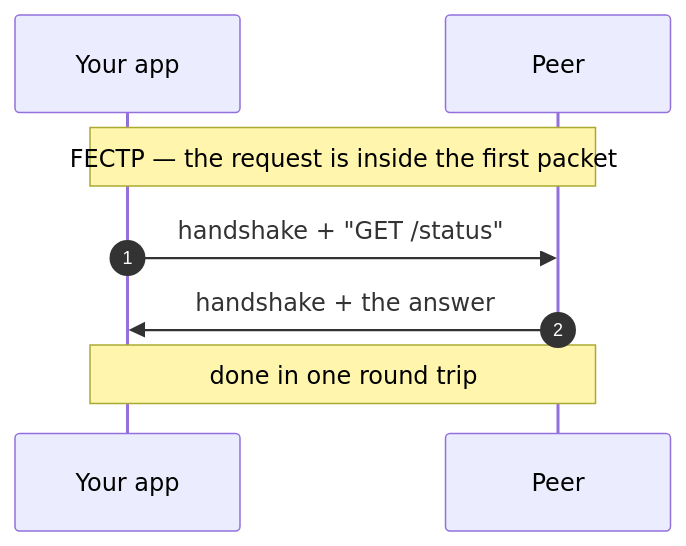
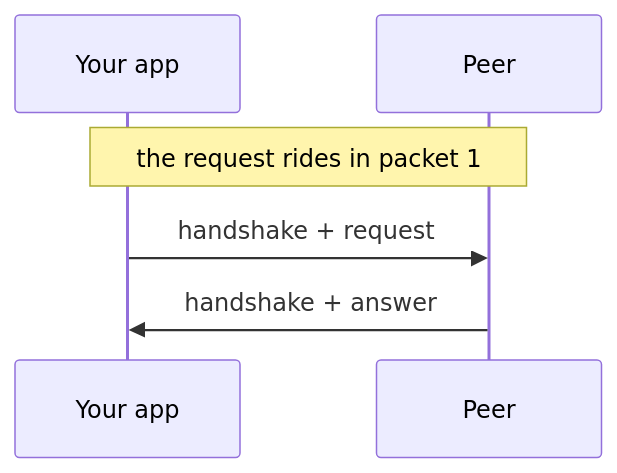
Before and after one commit to YounghyeonPark/fectp: the first of 5 diagrams in README.md, drawn with Mermaid. The commit also changed other lines of this file, not shown here.

First line of the commit message:
README: narrow the diagrams so they fit GitHub's column

````diff
--- a/README.md
+++ b/README.md
@@ -46,10 +46,8 @@
 ```mermaid
 sequenceDiagram
-    autonumber
     participant A as Your app
     participant B as Peer
-    Note over A,B: FECTP — the request is inside the first packet
-    A->>B: handshake + "GET /status"
-    B->>A: handshake + the answer
-    Note over A,B: done in one round trip
+    Note over A,B: the request rides in packet 1
+    A->>B: handshake + request
+    B->>A: handshake + answer
 ```
````
